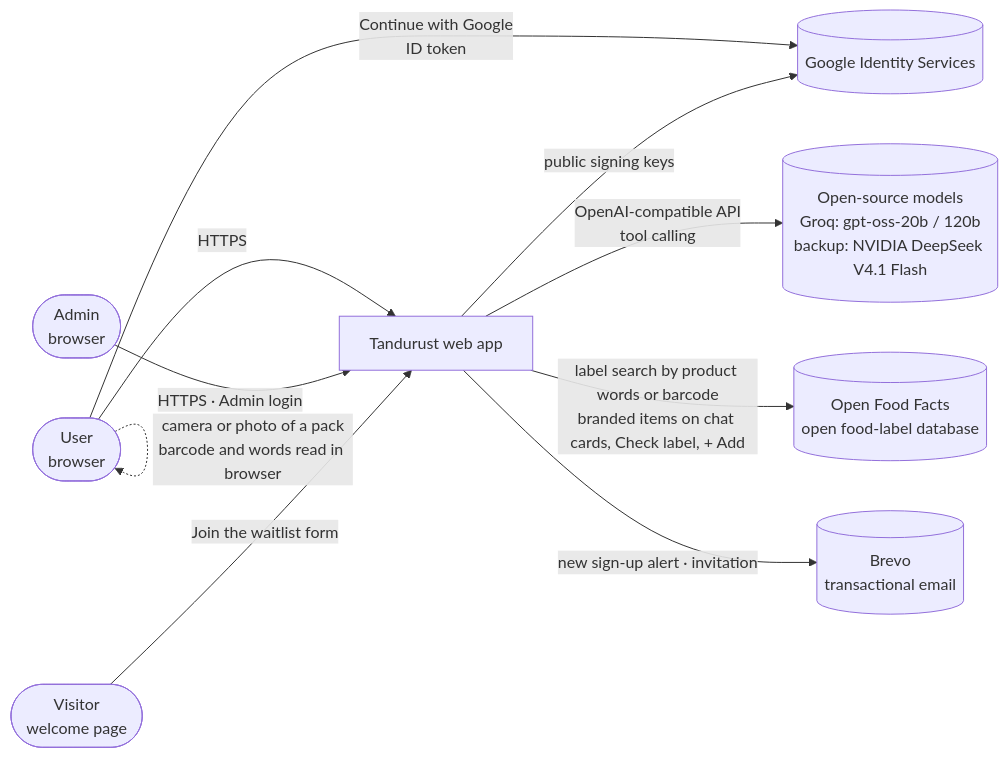
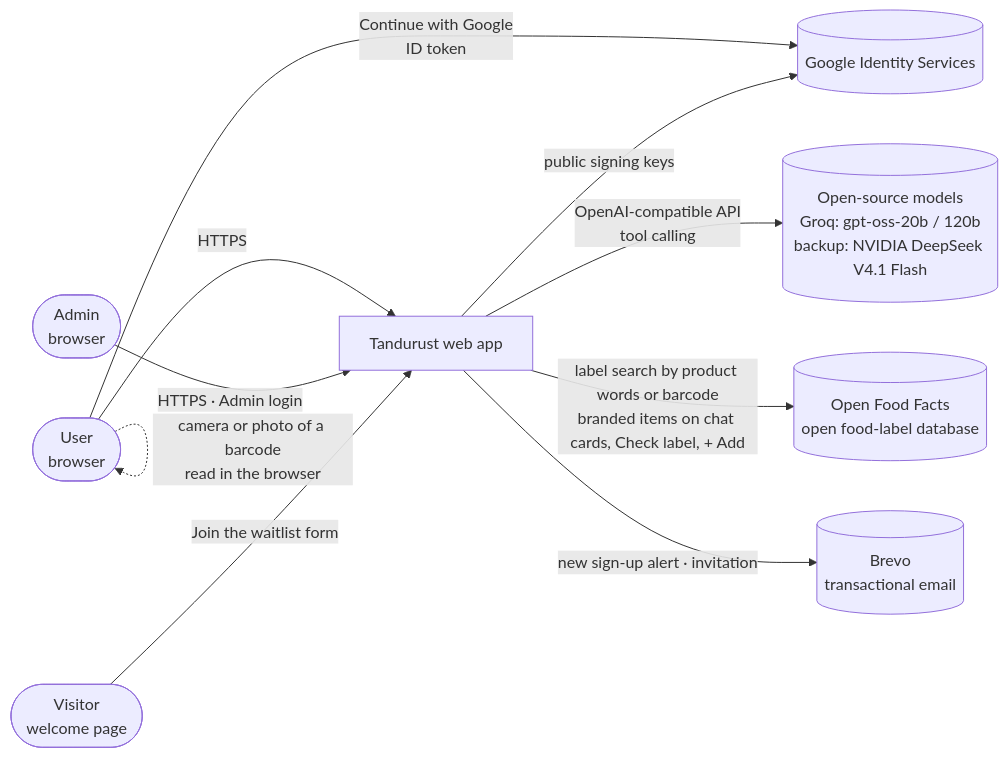
The first of 14 diagrams in docs/hld.md (NeoAnushka21/tracker_poc), drawn with Mermaid before and after one commit. The commit also changed other lines of this file and 15 other files, not shown here.

First line of the commit message:
Barcode only: full-size photo reading, close-up tip, website Packaged food

````diff
--- a/docs/hld.md
+++ b/docs/hld.md
@@ -20,13 +20,13 @@
 ```mermaid
 flowchart LR
     U([User<br/>browser]) -->|HTTPS| APP[Tandurust web app]
     A([Admin<br/>browser]) -->|HTTPS · Admin login| APP
     U -->|Continue with Google<br/>ID token| GIS[(Google Identity Services)]
     APP -->|public signing keys| GIS
     APP -->|OpenAI-compatible API<br/>tool calling| LLM[(Open-source models<br/>Groq: gpt-oss-20b / 120b<br/>backup: NVIDIA DeepSeek V4.1 Flash)]
     APP -->|label search by product words or barcode<br/>branded items on chat cards, Check label, + Add| OFF[(Open Food Facts<br/>open food-label database)]
     U -.->|Web Speech API<br/>voice to text, in browser| U
-    U -.->|camera or photo of a pack<br/>barcode and words read in browser| U
+    U -.->|camera or photo of a barcode<br/>read in the browser| U
     V([Visitor<br/>welcome page]) -->|Join the waitlist form| APP
     APP -->|new sign-up alert · invitation| BR[(Brevo<br/>transactional email)]
 ```
````
